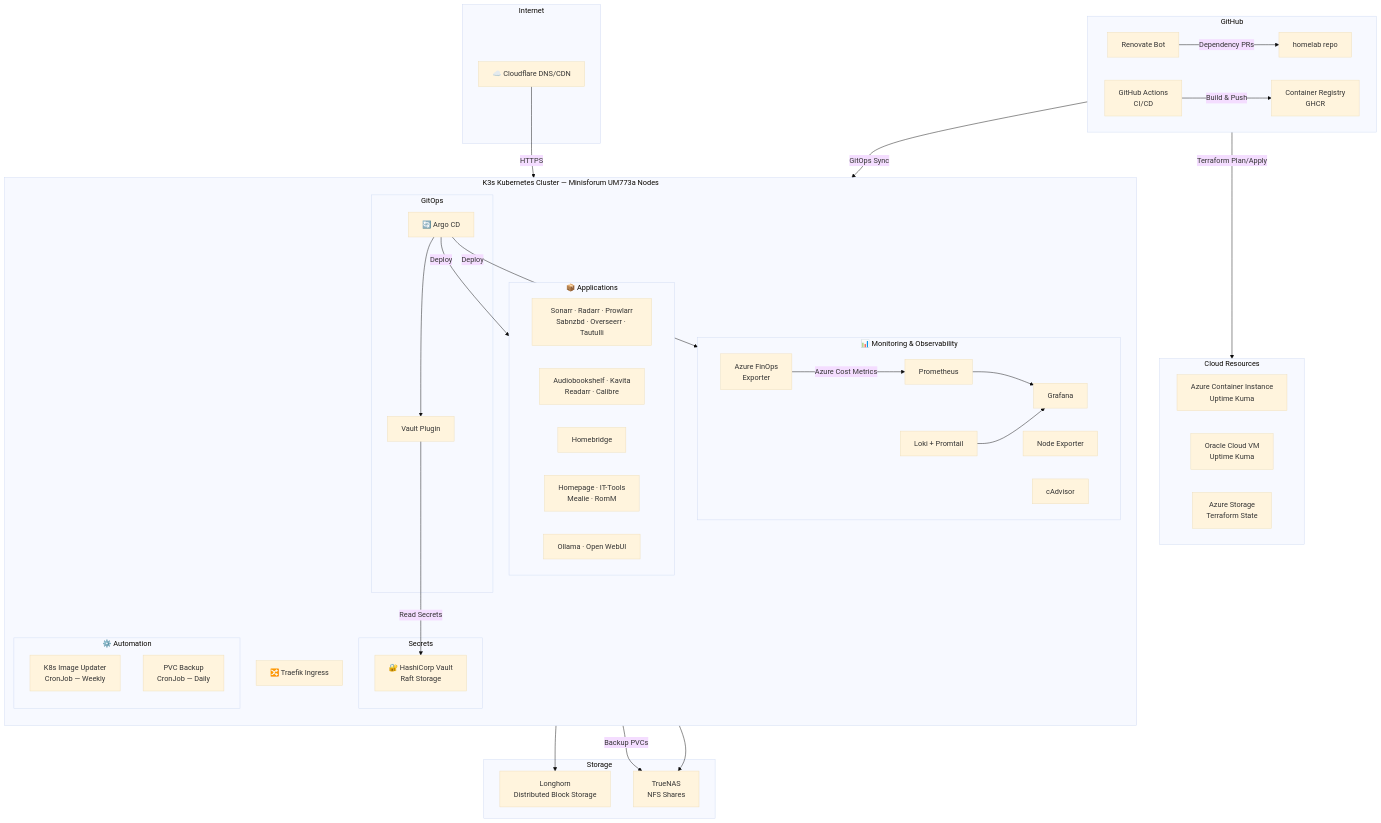
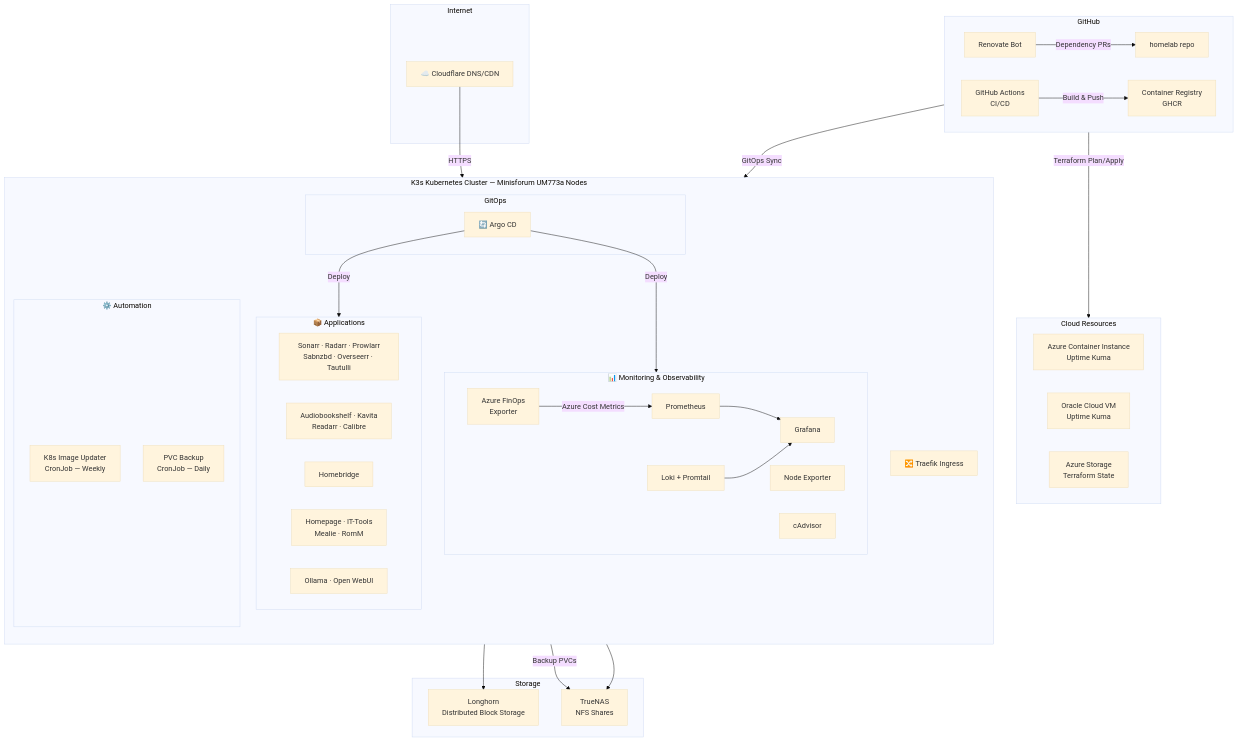
Before and after one commit to mtstrong/homelab: the diagram in README.md, drawn with Mermaid (base theme). The commit also changed other lines of this file and 11 other files, not shown here.

First line of the commit message:
Remove Vault and the Argo CD Vault plugin

````diff
--- a/README.md
+++ b/README.md
@@ -44,79 +43,72 @@
 ```mermaid
 graph TB
     subgraph Internet
         CF[☁️ Cloudflare DNS/CDN]
     end
 
     subgraph Cloud["Cloud Resources"]
         direction LR
         AZ_UKM[Azure Container Instance<br/>Uptime Kuma]
         OCI_UKM[Oracle Cloud VM<br/>Uptime Kuma]
         AZ_STATE[Azure Storage<br/>Terraform State]
     end
 
     subgraph GitHub["GitHub"]
         direction LR
         REPO[homelab repo]
         GHA[GitHub Actions<br/>CI/CD]
         GHCR[Container Registry<br/>GHCR]
         RENOVATE[Renovate Bot]
     end
 
     subgraph Cluster["K3s Kubernetes Cluster — Minisforum UM773a Nodes"]
         direction TB
 
         TRAEFIK[🔀 Traefik Ingress]
 
         subgraph GitOps
             ARGOCD[🔄 Argo CD]
-            AVP[Vault Plugin]
-        end
-
-        subgraph Secrets
-            VAULT[🔐 HashiCorp Vault<br/>Raft Storage]
         end
 
         subgraph Monitoring["📊 Monitoring & Observability"]
             PROM[Prometheus]
             GRAF[Grafana]
             LOKI[Loki + Promtail]
             NE[Node Exporter]
             CA[cAdvisor]
             FINOPS[Azure FinOps<br/>Exporter]
         end
 
         subgraph Apps["📦 Applications"]
             MEDIA[Sonarr · Radarr · Prowlarr<br/>Sabnzbd · Overseerr · Tautulli]
             BOOKS[Audiobookshelf · Kavita<br/>Readarr · Calibre]
             HOME[Homebridge]
             UTIL[Homepage · IT-Tools<br/>Mealie · RomM]
             AI[Ollama · Open WebUI]
         end
 
         subgraph Automation["⚙️ Automation"]
             IMGUPD[K8s Image Updater<br/>CronJob — Weekly]
             PVCBAK[PVC Backup<br/>CronJob — Daily]
         end
     end
 
     subgraph Storage["Storage"]
         LH[Longhorn<br/>Distributed Block Storage]
         NAS[TrueNAS<br/>NFS Shares]
     end
 
     CF -->|HTTPS| TRAEFIK
     REPO -->|GitOps Sync| ARGOCD
-    ARGOCD --> AVP
-    AVP -->|Read Secrets| VAULT
     ARGOCD -->|Deploy| Apps
     ARGOCD -->|Deploy| Monitoring
     GHA -->|Build & Push| GHCR
     GHA -->|Terraform Plan/Apply| Cloud
     RENOVATE -->|Dependency PRs| REPO
     PROM --> GRAF
     LOKI --> GRAF
     Apps --> LH
     Apps --> NAS
     PVCBAK -->|Backup PVCs| NAS
     FINOPS -->|Azure Cost Metrics| PROM
 ```
````
